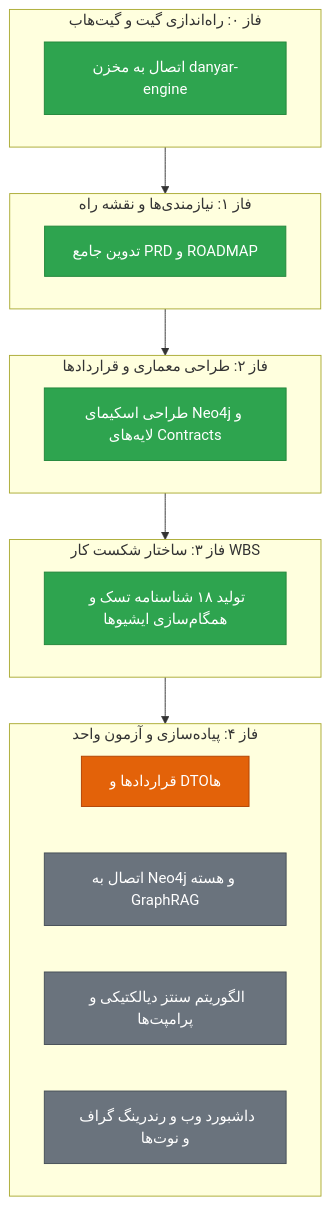
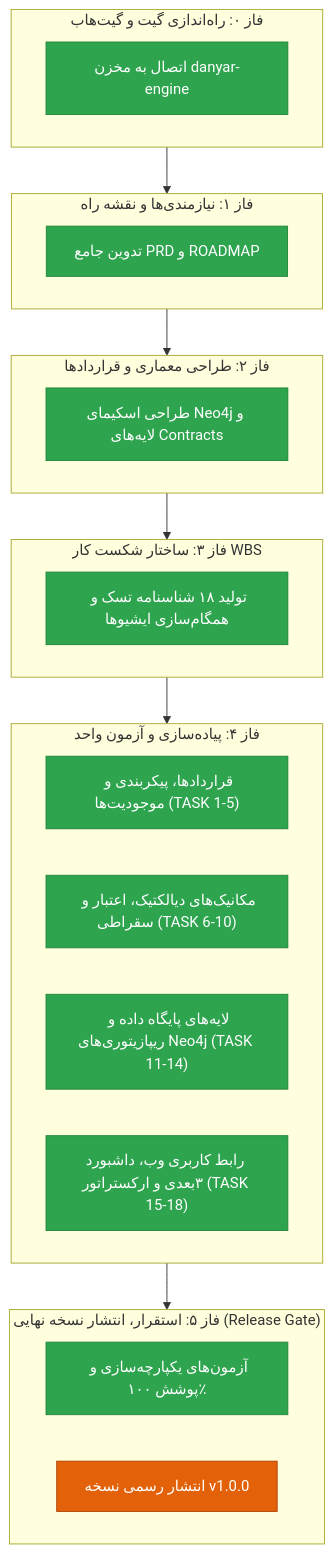
One commit to Armin-MA/danyar-engine changed the second of 2 diagrams in specs/ROADMAP.md. Above: the diagram before and after it, drawn with Mermaid. The commit also changed other lines of this file, not shown here.

Commit message:
docs(roadmap): update Milestone 4 completion and Phase 5 release gate

````diff
--- a/specs/ROADMAP.md
+++ b/specs/ROADMAP.md
@@ -42,31 +42,36 @@
 ```mermaid
 flowchart TD
     classDef done fill:#2ea44f,stroke:#22863a,color:#fff
     classDef active fill:#e36209,stroke:#b04100,color:#fff
     classDef pending fill:#6a737d,stroke:#444d56,color:#fff
 
     subgraph Phase0["فاز ۰: راه‌اندازی گیت و گیت‌هاب"]
         G0["اتصال به مخزن danyar-engine"]:::done
     end
 
     subgraph Phase1["فاز ۱: نیازمندی‌ها و نقشه راه"]
         P1["تدوین جامع PRD و ROADMAP"]:::done
     end
 
     subgraph Phase2["فاز ۲: طراحی معماری و قراردادها"]
         P2["طراحی اسکیمای Neo4j و لایه‌های Contracts"]:::done
     end
 
     subgraph Phase3["فاز ۳: ساختار شکست کار WBS"]
         P3["تولید ۱۸ شناسنامه تسک و همگام‌سازی ایشیوها"]:::done
     end
 
     subgraph Phase4["فاز ۴: پیاده‌سازی و آزمون واحد"]
-        T1["قراردادها و DTOها"]:::active
-        T2["اتصال به Neo4j و هسته GraphRAG"]:::pending
-        T3["الگوریتم سنتز دیالکتیکی و پرامپت‌ها"]:::pending
-        T4["داشبورد وب و رندرینگ گراف و نوت‌ها"]:::pending
+        T1["قراردادها، پیکربندی و موجودیت‌ها (TASK 1-5)"]:::done
+        T2["مکانیک‌های دیالکتیک، اعتبار و سقراطی (TASK 6-10)"]:::done
+        T3["لایه‌های پایگاه داده و ریپازیتوری‌های Neo4j (TASK 11-14)"]:::done
+        T4["رابط کاربری وب، داشبورد ۳بعدی و ارکستراتور (TASK 15-18)"]:::done
     end
 
-    Phase0 --> Phase1 --> Phase2 --> Phase3 --> Phase4
+    subgraph Phase5["فاز ۵: استقرار، انتشار نسخه نهایی (Release Gate)"]
+        R1["آزمون‌های یکپارچه‌سازی و پوشش ۱۰۰٪"]:::done
+        R2["انتشار رسمی نسخه v1.0.0"]:::active
+    end
+
+    Phase0 --> Phase1 --> Phase2 --> Phase3 --> Phase4 --> Phase5
 ```
````
